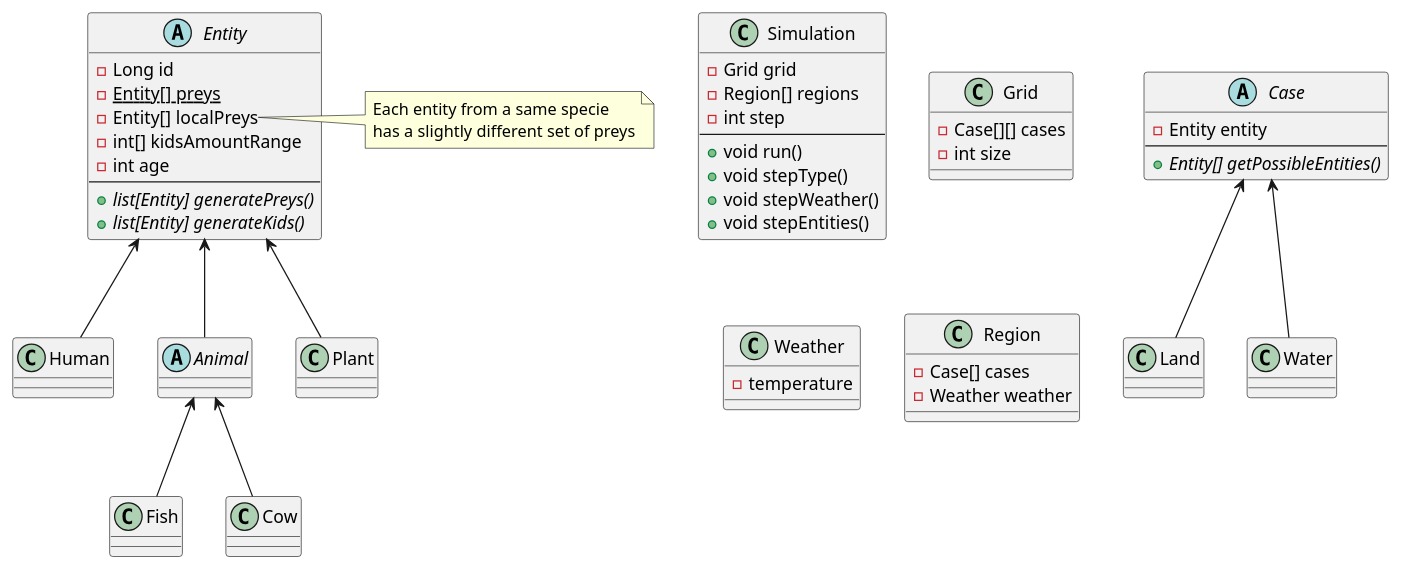
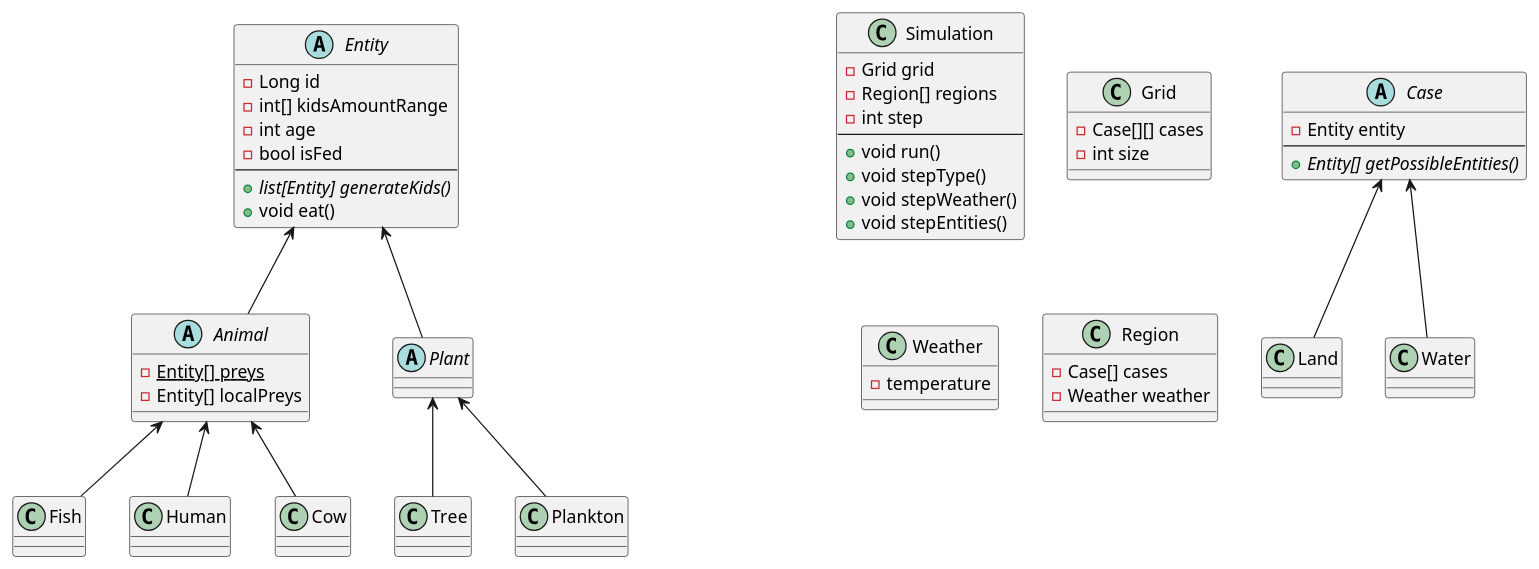
The diagram in uml/class.wsd (andriusezerskis/proj3-gr2b), drawn with PlantUML before and after one commit. The commit also changed 8 other files, not shown here.

```diff
--- a/uml/class.wsd
+++ b/uml/class.wsd
@@ -1,87 +1,96 @@
 @startuml class diagram
 
 abstract class Entity {
     -Long id
-    -{static} Entity[] preys
-    -Entity[] localPreys
     -int[] kidsAmountRange
     -int age
+    -bool isFed
     --
-    +list[Entity] {abstract} generatePreys()
     +list[Entity] {abstract} generateKids()
+    +void eat()
 }
 
 class Simulation {
     -Grid grid
     -Region[] regions
     -int step
     --
     +void run()
     +void stepType()
     +void stepWeather()
     +void stepEntities()
 }
 
 class Grid {
     -Case[][] cases
     -int size
 }
 
 abstract class Case {
     -Entity entity
     --
     {abstract} +Entity[] getPossibleEntities()
 }
 
 class Land {
     
 }
 
 class Water {
     
 }
 
 class Weather {
     -temperature
 }
 
 class Region {
     -Case[] cases
     -Weather weather
 }
 
 
 class Fish {
 
 }
 
 class Human {
 
 }
 
 abstract class Animal {
-
+    -{static} Entity[] preys
+    -Entity[] localPreys
 }
 
-class Plant {
+abstract class Plant {
+}
+
+class Tree {
+}
+
+class Plankton {
 }
 
 class Cow {
 }
 
-Entity <-- Human
 Entity <-- Animal
 Entity <-- Plant
 
+Animal <-- Human
 Animal <-- Fish
 Animal <-- Cow
+
+Plant <-- Tree
+Plant <-- Plankton
 
 Case <-- Land
 Case <-- Water
 
 note right of Entity::localPreys
     Each entity from a same specie
     has a slightly different set of preys
 end note
 
 @enduml
```
